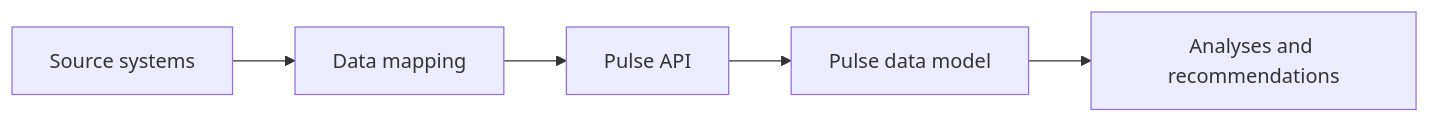
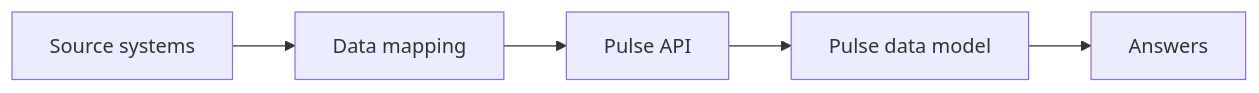
Before and after one commit to Tom-PIT/TomPIT.Pulse.Connector: the diagram in docs/index.md, drawn with Mermaid. The commit also changed other lines of this file and 2 other files, not shown here.

````diff
--- a/docs/index.md
+++ b/docs/index.md
@@ -7,7 +9,7 @@
 ``` mermaid 
 graph LR
   A[Source systems] --> B[Data mapping]
   B --> C[Pulse API]
   C --> D[Pulse data model]
-  D --> E[Analyses and recommendations]
+  D --> E[Answers]
 ```
````
